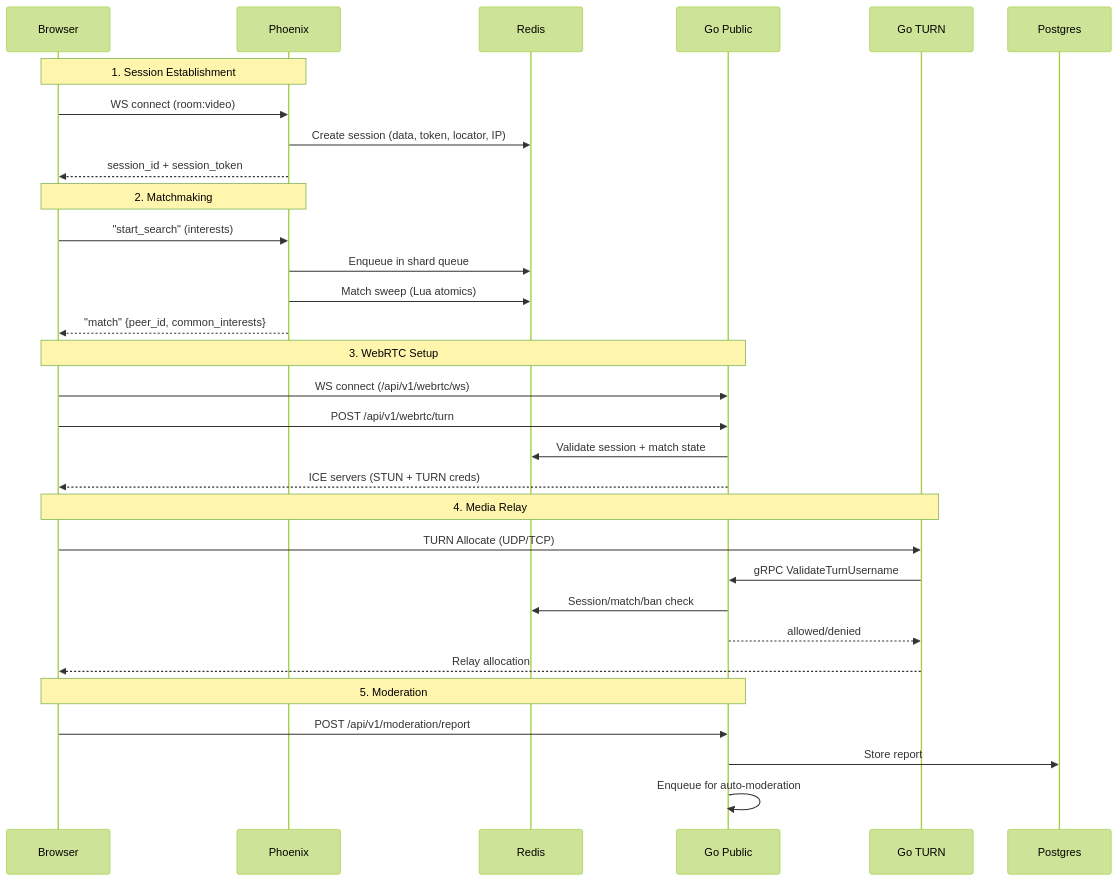
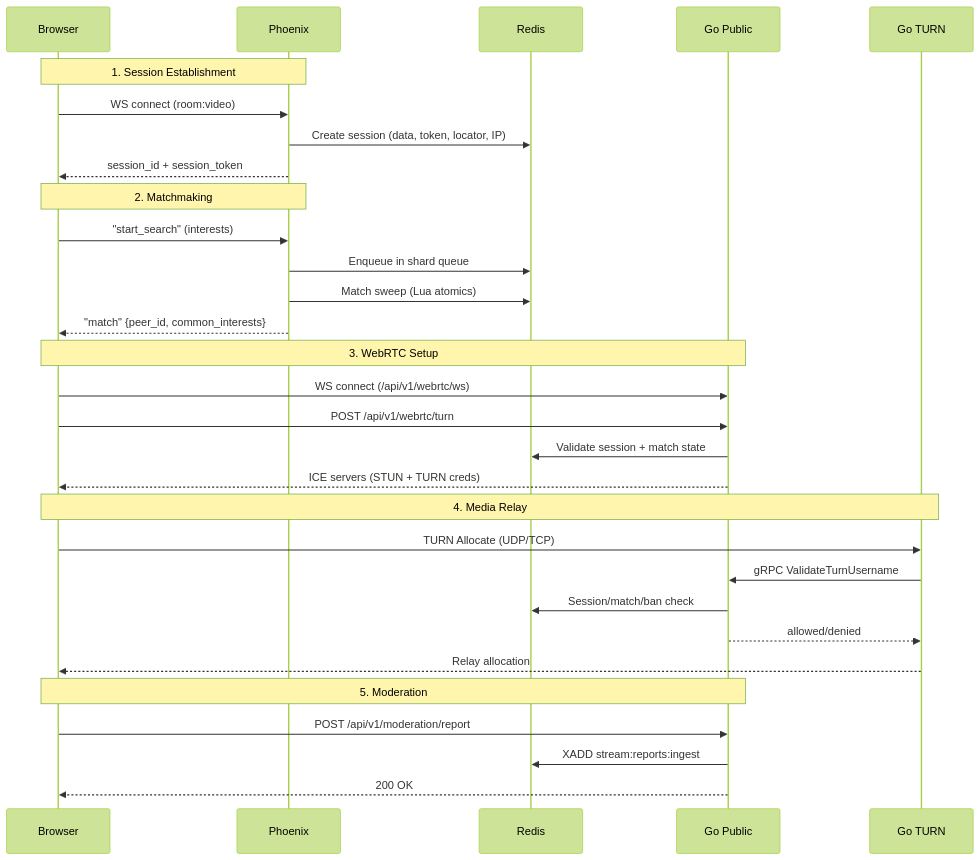
Before and after one commit to alessblaze/pairline: the second of 13 diagrams in ARCHITECTURE.md, drawn with Mermaid (forest theme). The commit also changed other lines of this file and 4 other files, not shown here.

````diff
--- a/ARCHITECTURE.md
+++ b/ARCHITECTURE.md
@@ -96,37 +104,37 @@
 ```mermaid
 sequenceDiagram
     participant Browser
     participant Phoenix
     participant Redis
     participant GoPublic as Go Public
     participant GoTurn as Go TURN
 
     Note over Browser,Phoenix: 1. Session Establishment
     Browser->>Phoenix: WS connect (room:video)
     Phoenix->>Redis: Create session (data, token, locator, IP)
     Phoenix-->>Browser: session_id + session_token
 
     Note over Browser,Phoenix: 2. Matchmaking
     Browser->>Phoenix: "start_search" (interests)
     Phoenix->>Redis: Enqueue in shard queue
     Phoenix->>Redis: Match sweep (Lua atomics)
     Phoenix-->>Browser: "match" {peer_id, common_interests}
 
     Note over Browser,GoPublic: 3. WebRTC Setup
     Browser->>GoPublic: WS connect (/api/v1/webrtc/ws)
     Browser->>GoPublic: POST /api/v1/webrtc/turn
     GoPublic->>Redis: Validate session + match state
     GoPublic-->>Browser: ICE servers (STUN + TURN creds)
 
     Note over Browser,GoTurn: 4. Media Relay
     Browser->>GoTurn: TURN Allocate (UDP/TCP)
     GoTurn->>GoPublic: gRPC ValidateTurnUsername
     GoPublic->>Redis: Session/match/ban check
     GoPublic-->>GoTurn: allowed/denied
     GoTurn-->>Browser: Relay allocation
 
     Note over Browser,GoPublic: 5. Moderation
     Browser->>GoPublic: POST /api/v1/moderation/report
-    GoPublic->>Postgres: Store report
-    GoPublic->>GoPublic: Enqueue for auto-moderation
+    GoPublic->>Redis: XADD stream:reports:ingest
+    GoPublic-->>Browser: 200 OK
 ```
````
